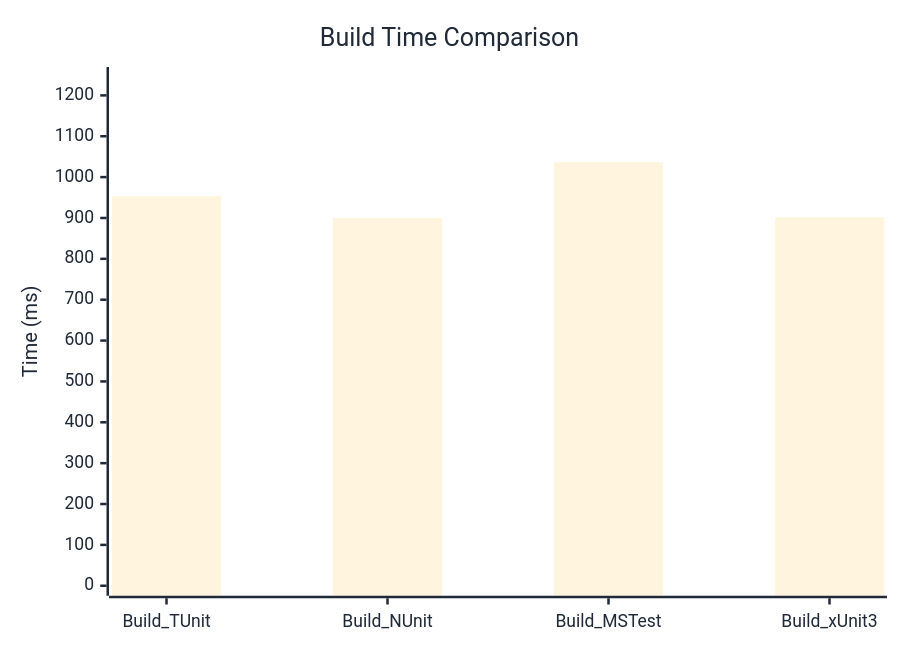
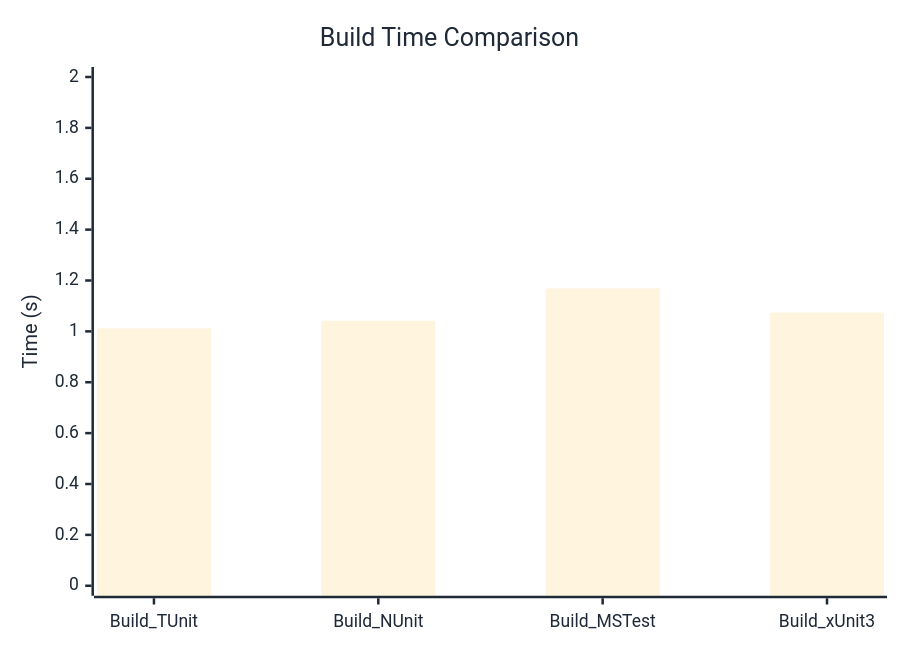
One commit to thomhurst/TUnit changed the diagram in docs/docs/benchmarks/engine/BuildTime.md. Above: the diagram before and after it, drawn with Mermaid. The commit also changed other lines of this file and 17 other files, not shown here.

````diff
--- a/docs/docs/benchmarks/engine/BuildTime.md
+++ b/docs/docs/benchmarks/engine/BuildTime.md
@@ -30,37 +30,37 @@
 ```mermaid
 %%{init: {
   'theme':'base',
   'themeVariables': {
     'primaryColor': '#2563eb',
     'primaryTextColor': '#1f2937',
     'primaryBorderColor': '#1e40af',
     'lineColor': '#6b7280',
     'secondaryColor': '#7c3aed',
     'tertiaryColor': '#dc2626',
     'background': '#ffffff',
     'mainBkg': '#2563eb',
     'secondBkg': '#7c3aed',
     'tertiaryBkg': '#dc2626',
     'clusterBkg': '#f3f4f6',
     'edgeLabelBackground': '#ffffff',
     'tertiaryTextColor': '#1f2937',
     'pie1': '#2563eb',
     'pie2': '#7c3aed',
     'pie3': '#dc2626',
     'pie4': '#f59e0b',
     'pie5': '#10b981',
     'pie6': '#06b6d4',
     'pie7': '#ec4899',
     'pie8': '#6366f1',
     'pie9': '#84cc16',
     'pie10': '#f97316',
     'pie11': '#14b8a6',
     'pie12': '#a855f7'
   }
 }}%%
 xychart-beta
   title "Build Time Comparison"
   x-axis ["Build_TUnit", "Build_NUnit", "Build_MSTest", "Build_xUnit3"]
-  y-axis "Time (ms)" 0 --> 1245
-  bar [953.1, 899.7, 1036.7, 901.5]
+  y-axis "Time (s)" 0 --> 2
+  bar [1.012, 1.042, 1.169, 1.074]
 ```
````
